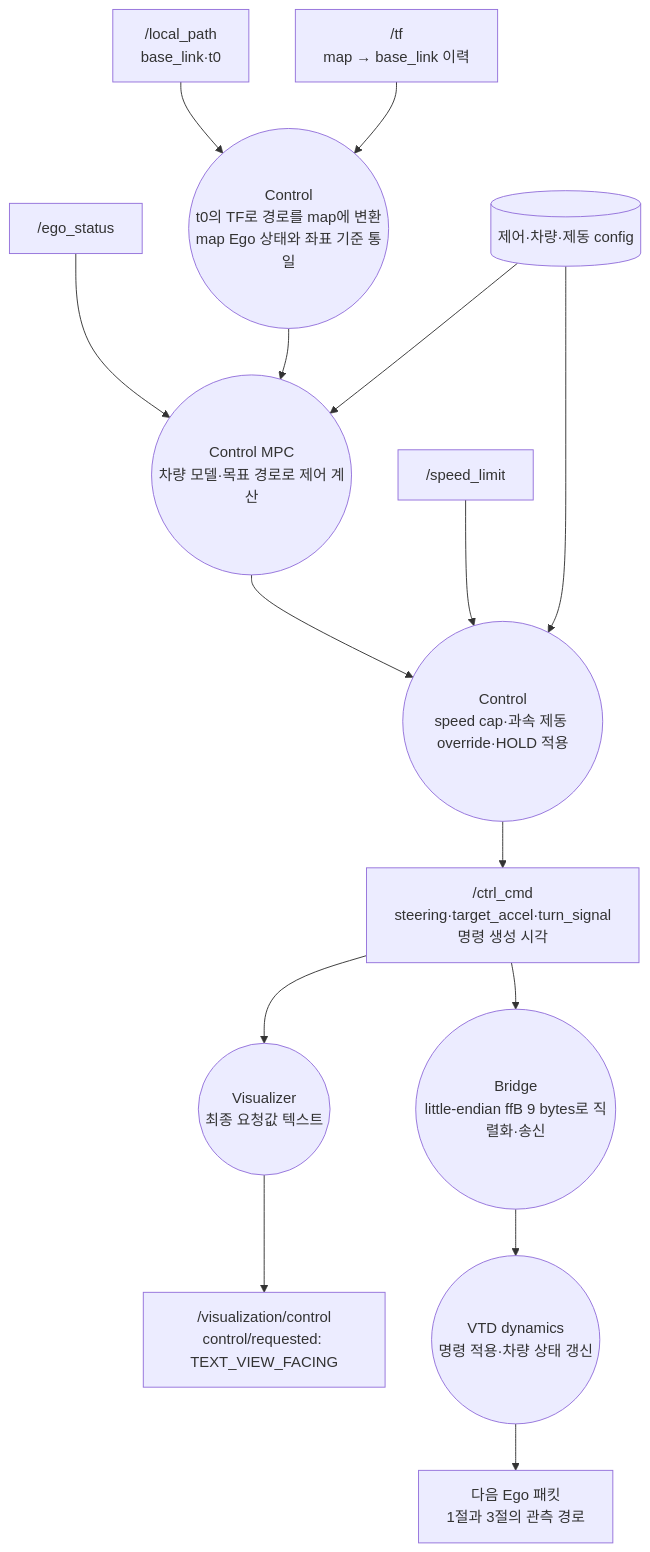
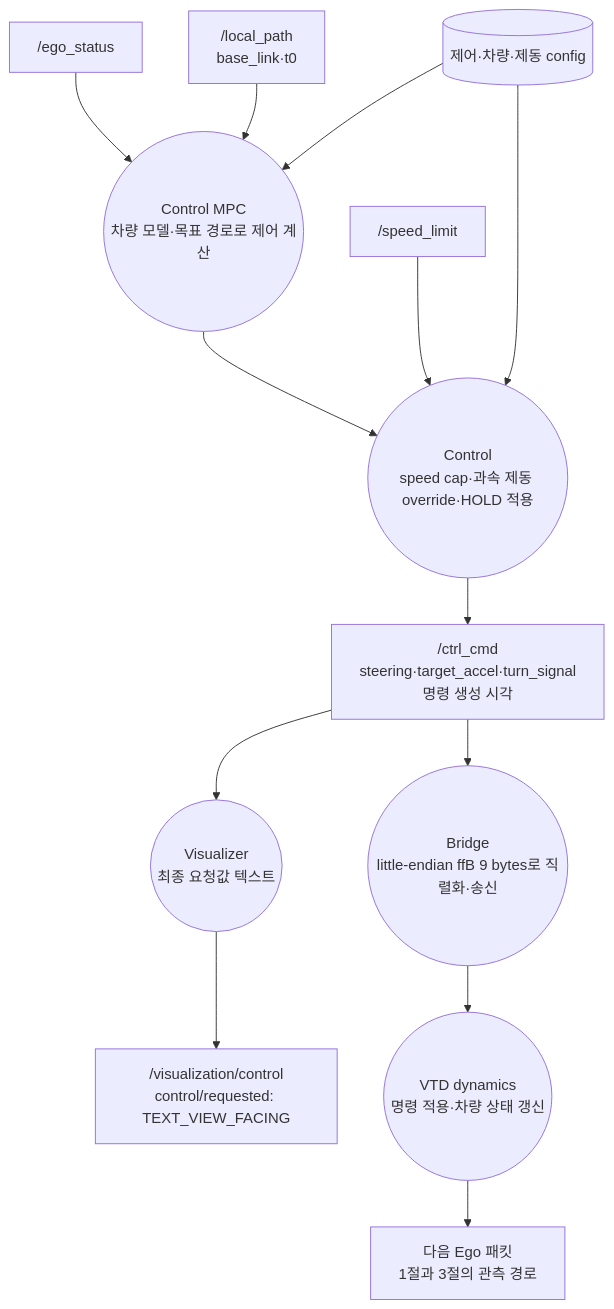
Before and after one commit to Team-Stier/HL-FMA2026-sim-stier: diagram 11 of 13 in docs/DataPipeline.md, drawn with Mermaid. The commit also changed other lines of this file, not shown here.

Commit message:
데이터스트림 파이프라인 문서화

````diff
--- a/docs/DataPipeline.md
+++ b/docs/DataPipeline.md
@@ -242,17 +242,15 @@
 ```mermaid
 flowchart TD
     EGO["/ego_status"] --> MPC(("Control MPC<br/>차량 모델·목표 경로로 제어 계산"))
-    PATH["/local_path<br/>base_link·t0"] --> ALIGN(("Control<br/>t0의 TF로 경로를 map에 변환<br/>map Ego 상태와 좌표 기준 통일"))
-    TF["/tf<br/>map → base_link 이력"] --> ALIGN
-    ALIGN --> MPC
+    PATH["/local_path<br/>base_link·t0"] --> MPC
     MPC --> LIMITER(("Control<br/>speed cap·과속 제동 override·HOLD 적용"))
     LIMIT["/speed_limit"] --> LIMITER
     CONFIG[("제어·차량·제동 config")] --> MPC
     CONFIG --> LIMITER
     LIMITER --> CMD["/ctrl_cmd<br/>steering·target_accel·turn_signal<br/>명령 생성 시각"]
     CMD --> TEXT(("Visualizer<br/>최종 요청값 텍스트"))
     TEXT --> MARKERS["/visualization/control<br/>control/requested: TEXT_VIEW_FACING"]
     CMD --> BRIDGE(("Bridge<br/>little-endian ffB 9 bytes로 직렬화·송신"))
     BRIDGE --> VTD(("VTD dynamics<br/>명령 적용·차량 상태 갱신"))
     VTD --> FEEDBACK["다음 Ego 패킷<br/>1절과 3절의 관측 경로"]
 ```
````
